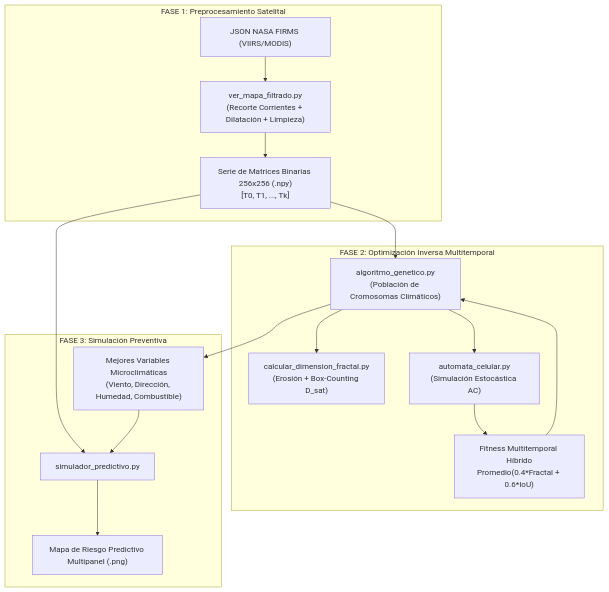
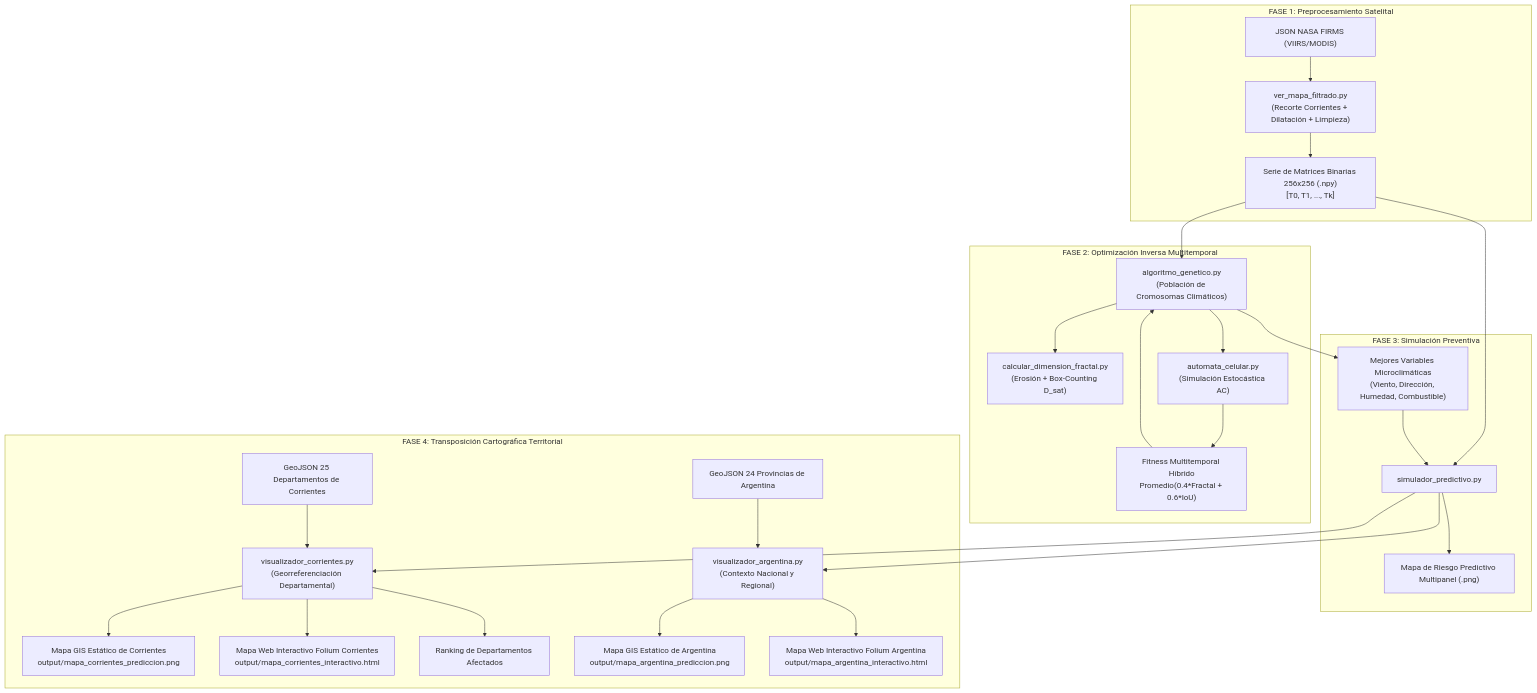
One commit to ConstanFinelli/Incendios-Fractales changed the diagram in docs/DOCUMENTACION_COMPLETA_PROYECTO.md. Above: the diagram before and after it, drawn with Mermaid. The commit also changed other lines of this file and 4 other files, not shown here.

````diff
--- a/docs/DOCUMENTACION_COMPLETA_PROYECTO.md
+++ b/docs/DOCUMENTACION_COMPLETA_PROYECTO.md
@@ -31,22 +31,35 @@
 ```mermaid
 flowchart TD
     subgraph FASE 1: Preprocesamiento Satelital
         A["JSON NASA FIRMS (VIIRS/MODIS)"] --> B["ver_mapa_filtrado.py\n(Recorte Corrientes + Dilatación + Limpieza)"]
         B --> C["Serie de Matrices Binarias 256x256 (.npy)\n[T0, T1, ..., Tk]"]
     end
 
     subgraph FASE 2: Optimización Inversa Multitemporal
         C --> D["algoritmo_genetico.py\n(Población de Cromosomas Climáticos)"]
         D --> E["calcular_dimension_fractal.py\n(Erosión + Box-Counting D_sat)"]
         D --> F["automata_celular.py\n(Simulación Estocástica AC)"]
         F --> G["Fitness Multitemporal Híbrido\nPromedio(0.4*Fractal + 0.6*IoU)"]
         G --> D
     end
 
     subgraph FASE 3: Simulación Preventiva
         D --> H["Mejores Variables Microclimáticas\n(Viento, Dirección, Humedad, Combustible)"]
         C --> I["simulador_predictivo.py"]
         H --> I
         I --> J["Mapa de Riesgo Predictivo Multipanel (.png)"]
     end
+
+    subgraph FASE 4: Transposición Cartográfica Territorial
+        I --> K["visualizador_corrientes.py\n(Georreferenciación Departamental)"]
+        L["GeoJSON 25 Departamentos de Corrientes"] --> K
+        K --> M["Mapa GIS Estático de Corrientes\noutput/mapa_corrientes_prediccion.png"]
+        K --> N["Mapa Web Interactivo Folium Corrientes\noutput/mapa_corrientes_interactivo.html"]
+        K --> O["Ranking de Departamentos Afectados"]
+
+        I --> P["visualizador_argentina.py\n(Contexto Nacional y Regional)"]
+        Q["GeoJSON 24 Provincias de Argentina"] --> P
+        P --> R["Mapa GIS Estático de Argentina\noutput/mapa_argentina_prediccion.png"]
+        P --> S["Mapa Web Interactivo Folium Argentina\noutput/mapa_argentina_interactivo.html"]
+    end
 ```
````
